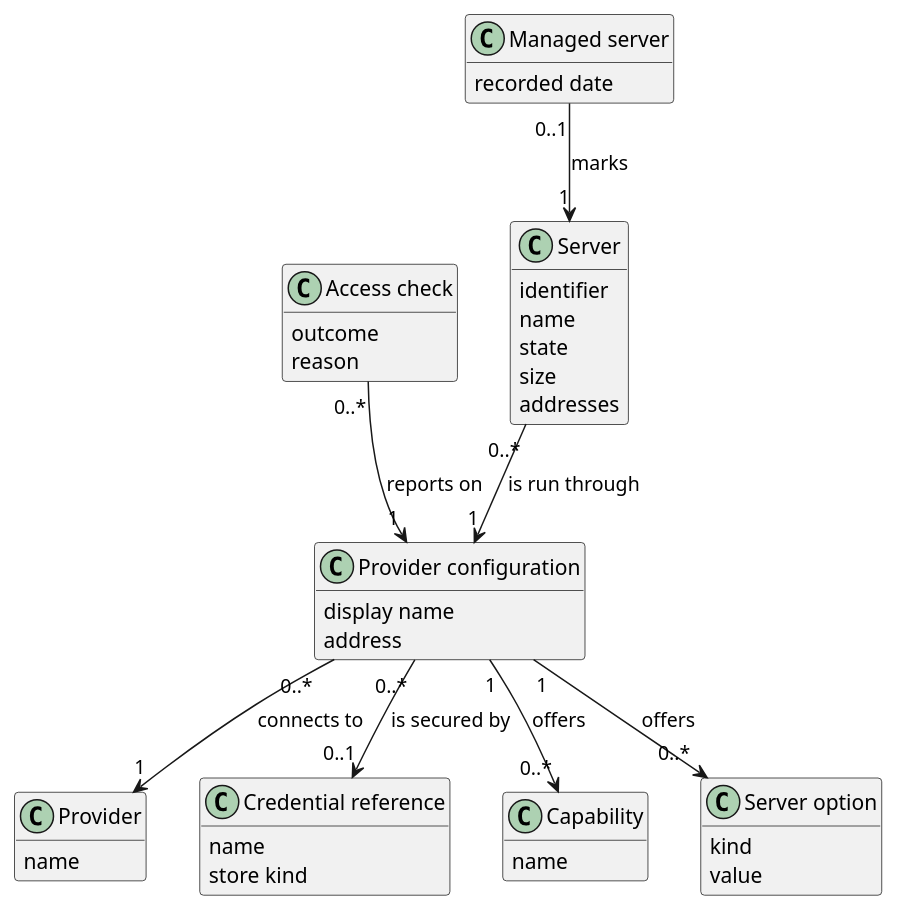
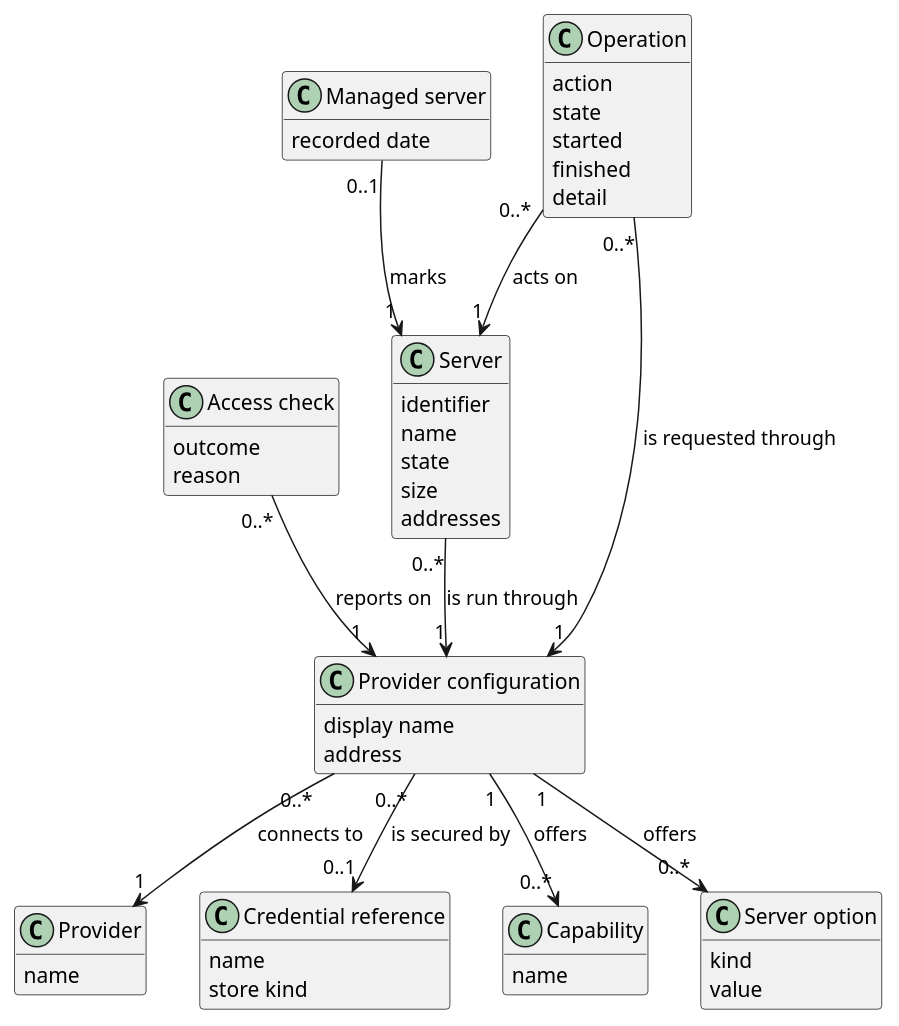
One commit to TirSystem/iac-node-forge changed the diagram in docs/domain-model.md. Above: the diagram before and after it, drawn with PlantUML. The commit also changed other lines of this file and 19 other files, not shown here.

````diff
--- a/docs/domain-model.md
+++ b/docs/domain-model.md
@@ -29,45 +30,54 @@
 ```plantuml
 @startuml
 hide methods
 class Provider {
   name
 }
 class "Provider configuration" as PC {
   display name
   address
 }
 class "Credential reference" as CR {
   name
   store kind
 }
 class "Access check" as AC {
   outcome
   reason
 }
 class Capability {
   name
 }
 class "Server option" as SO {
   kind
   value
 }
 class Server {
   identifier
   name
   state
   size
   addresses
 }
 class "Managed server" as MS {
   recorded date
 }
+class Operation {
+  action
+  state
+  started
+  finished
+  detail
+}
 
 PC "0..*" --> "1" Provider : connects to
 PC "0..*" --> "0..1" CR : is secured by
 AC "0..*" --> "1" PC : reports on
 PC "1" --> "0..*" Capability : offers
 PC "1" --> "0..*" SO : offers
 Server "0..*" --> "1" PC : is run through
 MS "0..1" --> "1" Server : marks
+Operation "0..*" --> "1" Server : acts on
+Operation "0..*" --> "1" PC : is requested through
 @enduml
 ```
````
